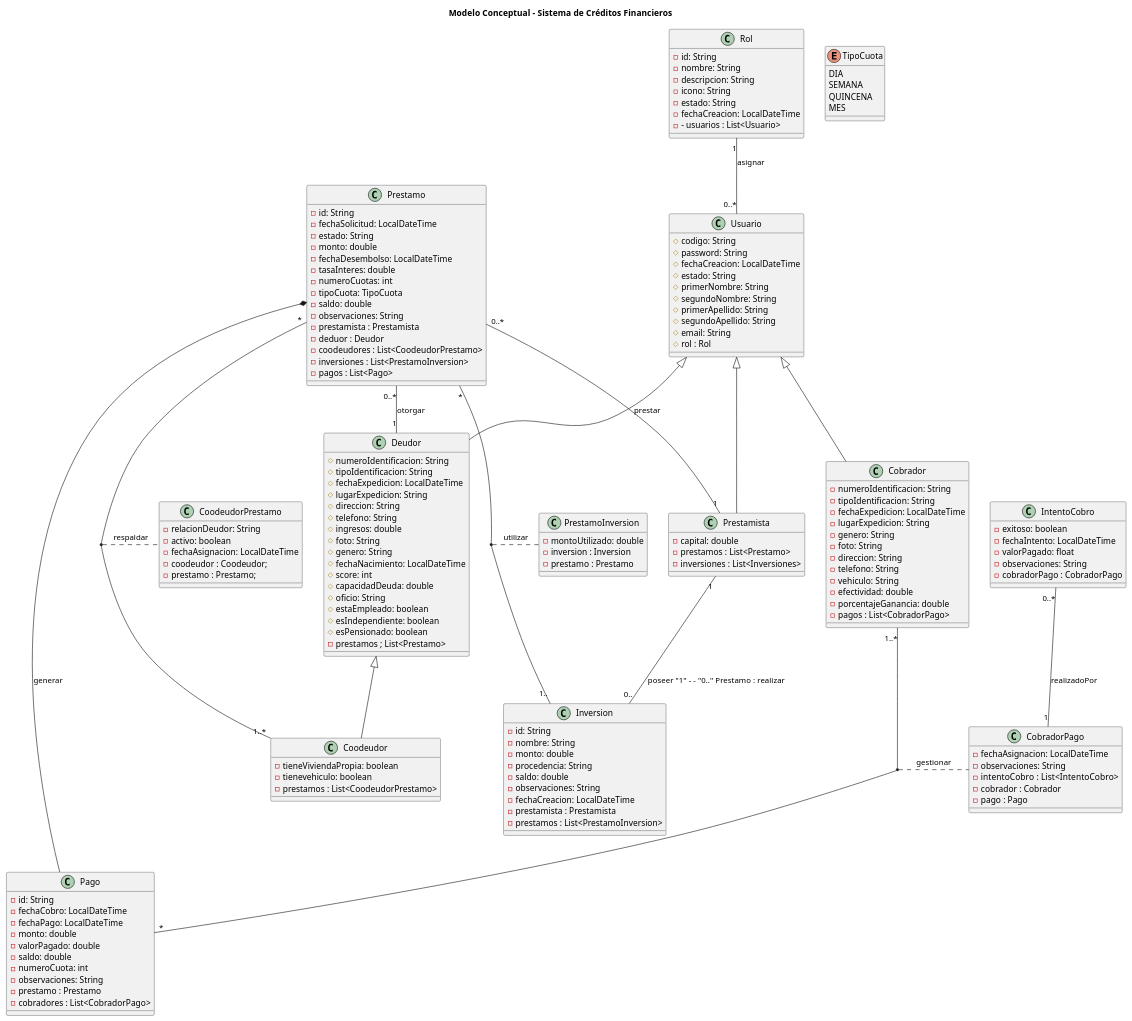
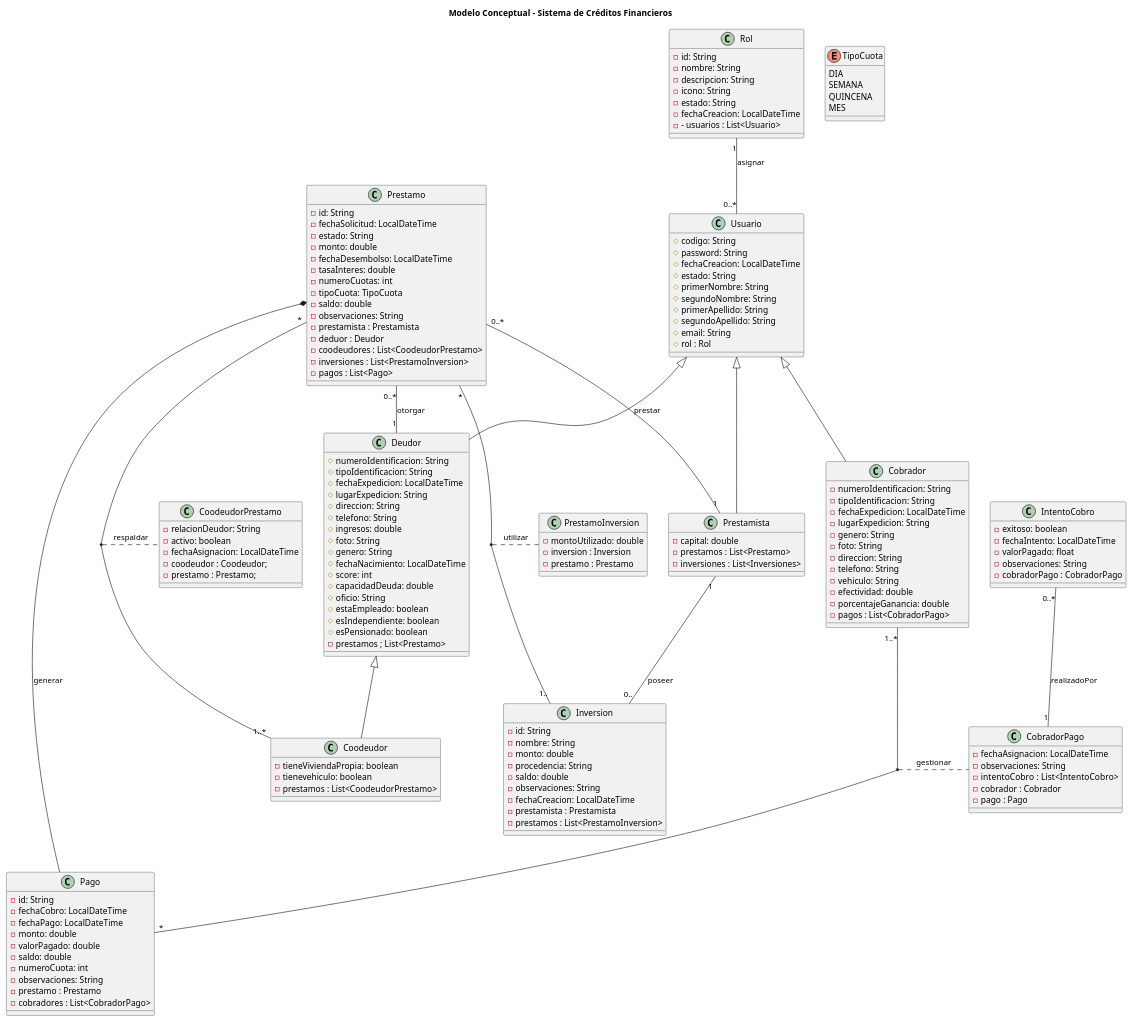
The diagram in src/com/jca2dev/Documentacion/Diagrama_de_clases_conceptual.puml (jarrietaunicolombo/JCreditosApp), drawn with PlantUML before and after one commit. The commit also changed 18 other files, not shown here.

```diff
--- a/src/com/jca2dev/Documentacion/Diagrama_de_clases_conceptual.puml
+++ b/src/com/jca2dev/Documentacion/Diagrama_de_clases_conceptual.puml
@@ -152,7 +152,7 @@
 ' UNO A MUCHOS
 
 Rol "1" --  "0..*" Usuario : asignar
-Prestamista "1" --  "0.." Inversion : poseer "1" - -  "0.." Prestamo : realizar
+Prestamista "1" --  "0.." Inversion : poseer 
 Prestamo "0..*" --  "1"  Prestamista : prestar
 Prestamo "0..*" --  "1" Deudor : otorgar
 Prestamo *--  Pago : generar
@@ -184,15 +184,15 @@
   - prestamo : Prestamo;
 }
 
-' Clase asociación entre Prestamo y Inversion
+' Relacion Clase asociación entre Prestamo y Inversion
 Prestamo "*" --  "1.." Inversion
 (Prestamo, Inversion) .. PrestamoInversion : utilizar
 
-' Clase asociación entre Cobrador y Pago
+' Relacion Clase asociación entre Cobrador y Pago
 Cobrador "1..*" --  "*" Pago
 (Cobrador, Pago) .. CobradorPago : gestionar
 
-' Clase asociación entre Coodeudor y Prestamo
+' Relacion Clase asociación entre Coodeudor y Prestamo
 Prestamo "*" --  "1..*" Coodeudor
 (Prestamo, Coodeudor) .. CoodeudorPrestamo : respaldar
 
```
